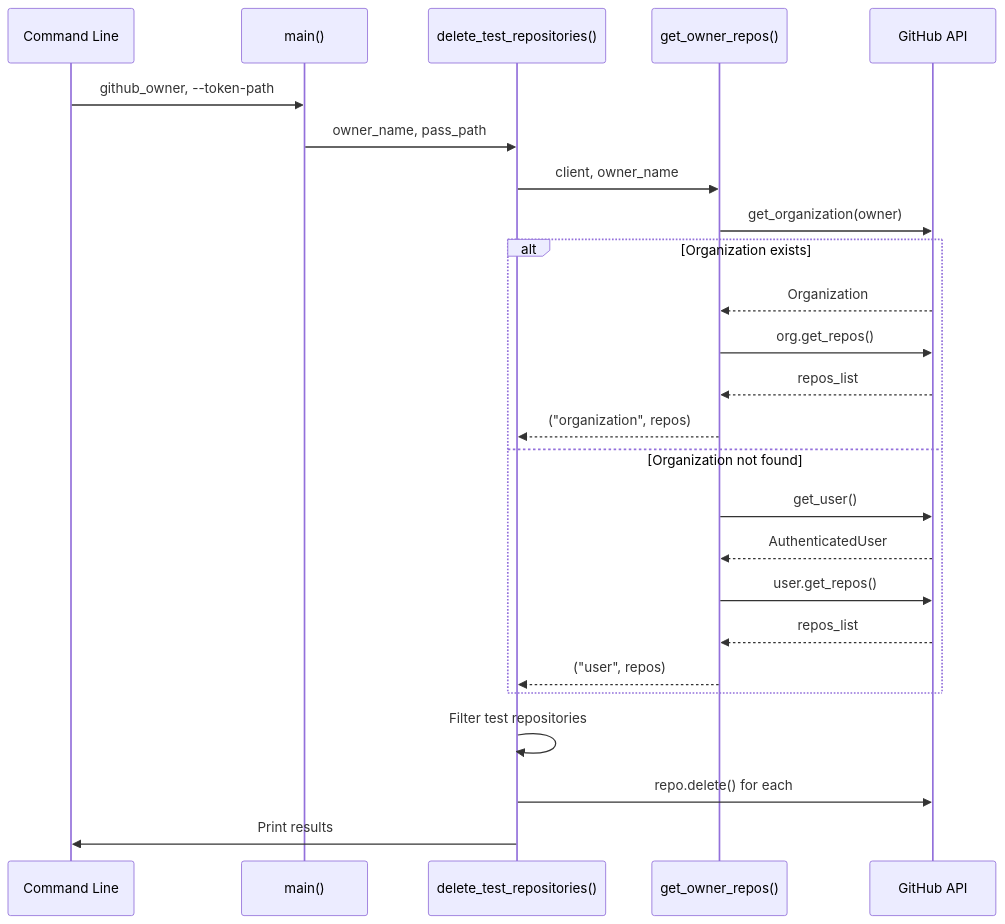
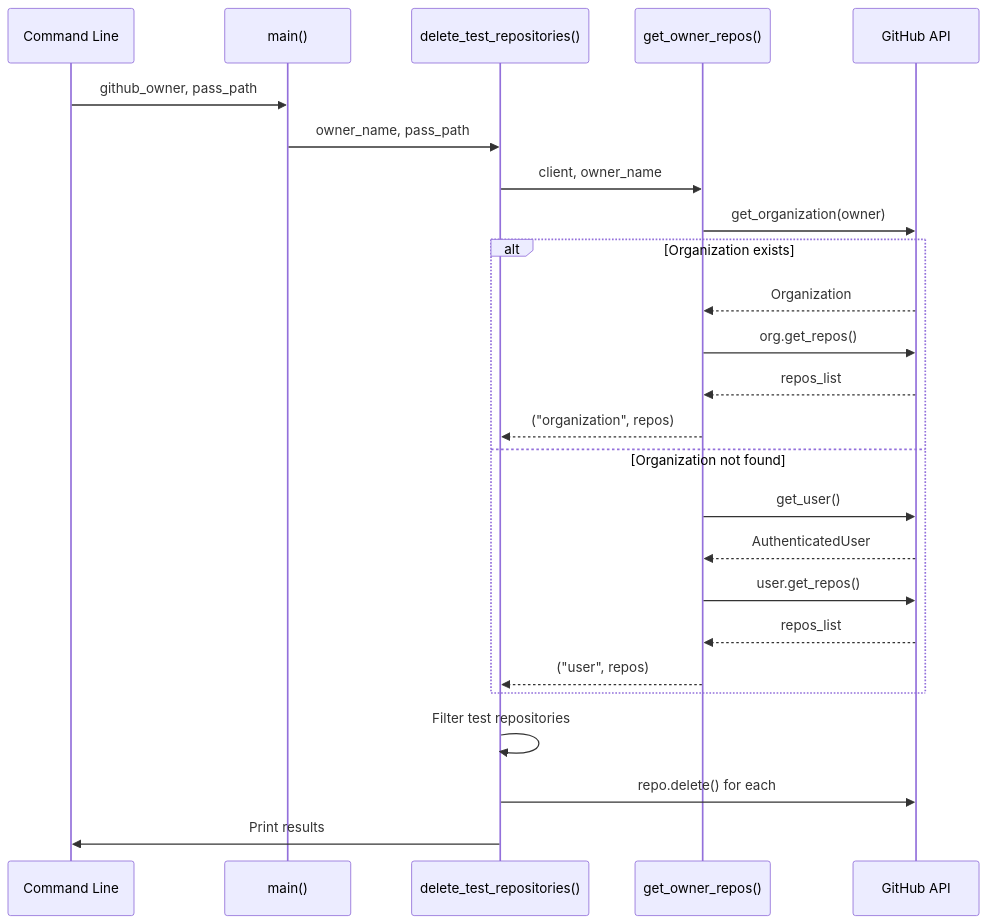
One commit to flaksit/gitlab-to-github-migrator changed the second of 2 diagrams in ai/features/owner-for-cleanup/architecture.md. Above: the diagram before and after it, drawn with Mermaid. The commit also changed other lines of this file and 2 other files, not shown here.

First line of the commit message:
Correct planning docs: both github_owner and pass_path are required positional args

````diff
--- a/ai/features/owner-for-cleanup/architecture.md
+++ b/ai/features/owner-for-cleanup/architecture.md
@@ -137,28 +137,28 @@
 ```mermaid
 sequenceDiagram
     participant CLI as Command Line
     participant Main as main()
     participant Delete as delete_test_repositories()
     participant Owner as get_owner_repos()
     participant GitHub as GitHub API
 
-    CLI->>Main: github_owner, --token-path
+    CLI->>Main: github_owner, pass_path
     Main->>Delete: owner_name, pass_path
     Delete->>Owner: client, owner_name
     Owner->>GitHub: get_organization(owner)
     alt Organization exists
         GitHub-->>Owner: Organization
         Owner->>GitHub: org.get_repos()
         GitHub-->>Owner: repos_list
         Owner-->>Delete: ("organization", repos)
     else Organization not found
         Owner->>GitHub: get_user()
         GitHub-->>Owner: AuthenticatedUser
         Owner->>GitHub: user.get_repos()
         GitHub-->>Owner: repos_list
         Owner-->>Delete: ("user", repos)
     end
     Delete->>Delete: Filter test repositories
     Delete->>GitHub: repo.delete() for each
     Delete->>CLI: Print results
 ```
````
